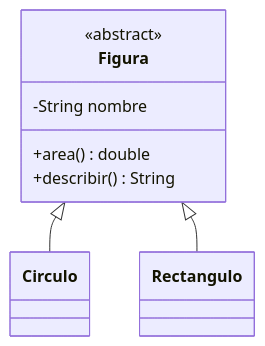
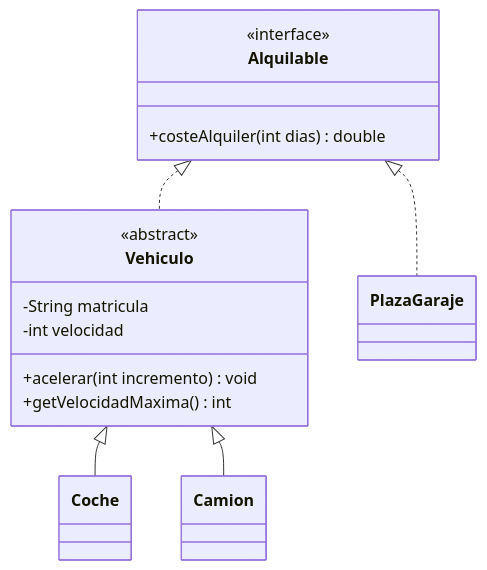
One commit to rlrprofe/poo changed the diagram in docs/capitulos/05-polimorfismo.md. Above: the diagram before and after it, drawn with Mermaid. The commit also changed other lines of this file and 30 other files, not shown here.

````diff
--- a/docs/capitulos/05-polimorfismo.md
+++ b/docs/capitulos/05-polimorfismo.md
@@ -299,11 +360,18 @@
 ```mermaid
 classDiagram
-    class Figura {
+    class Alquilable {
+        <<interface>>
+        +costeAlquiler(int dias) double
+    }
+    class Vehiculo {
         <<abstract>>
-        -String nombre
-        +area() double
-        +describir() String
+        -String matricula
+        -int velocidad
+        +acelerar(int incremento) void
+        +getVelocidadMaxima() int
     }
-    Figura <|-- Circulo
-    Figura <|-- Rectangulo
+    Alquilable <|.. Vehiculo
+    Alquilable <|.. PlazaGaraje
+    Vehiculo <|-- Coche
+    Vehiculo <|-- Camion
 ```
````
